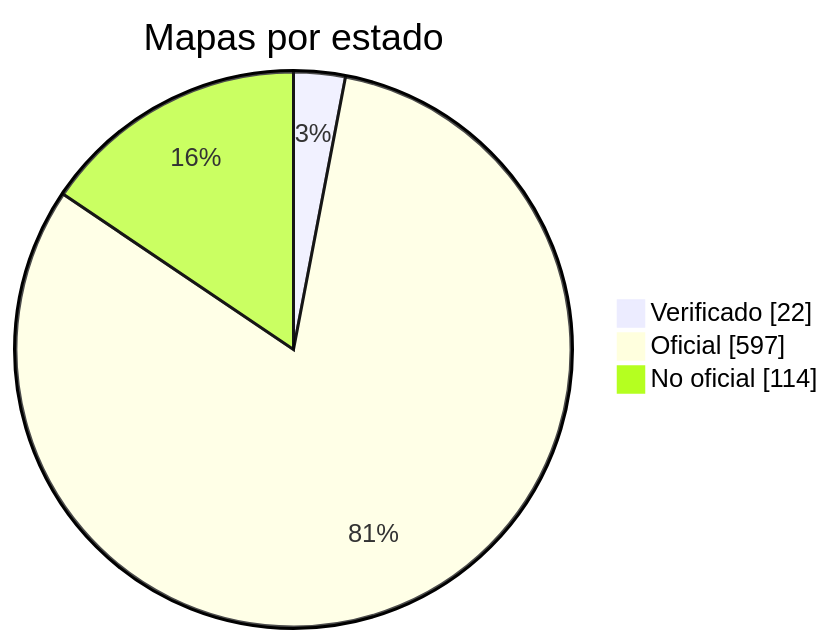
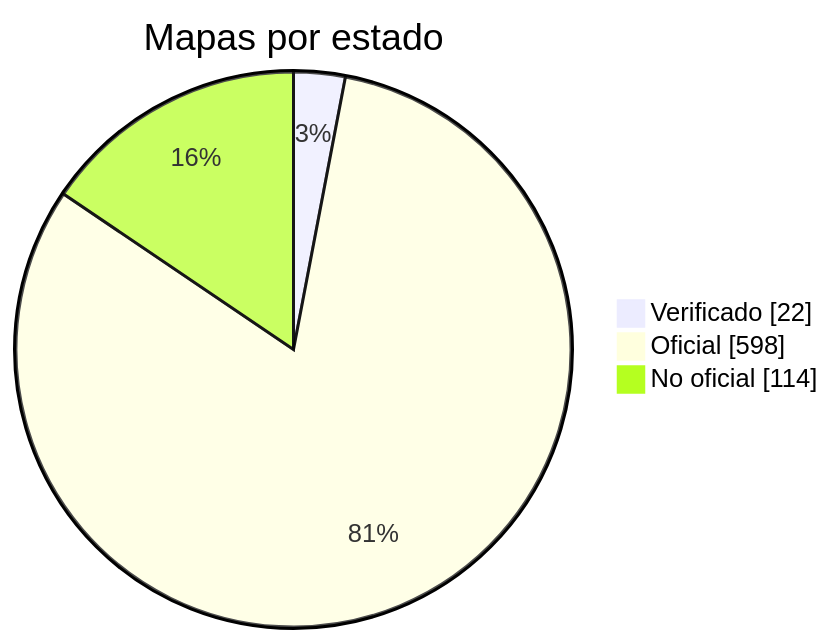
Before and after one commit to nobrega8/mbmap-library: the diagram in docs/readme/README_ES.md, drawn with Mermaid. The commit also changed 6 other files, not shown here.

````diff
--- a/docs/readme/README_ES.md
+++ b/docs/readme/README_ES.md
@@ -54,7 +54,7 @@
 ```mermaid
 pie showData
     title Mapas por estado
     "Verificado" : 22
-    "Oficial" : 597
+    "Oficial" : 598
     "No oficial" : 114
 ```
````
